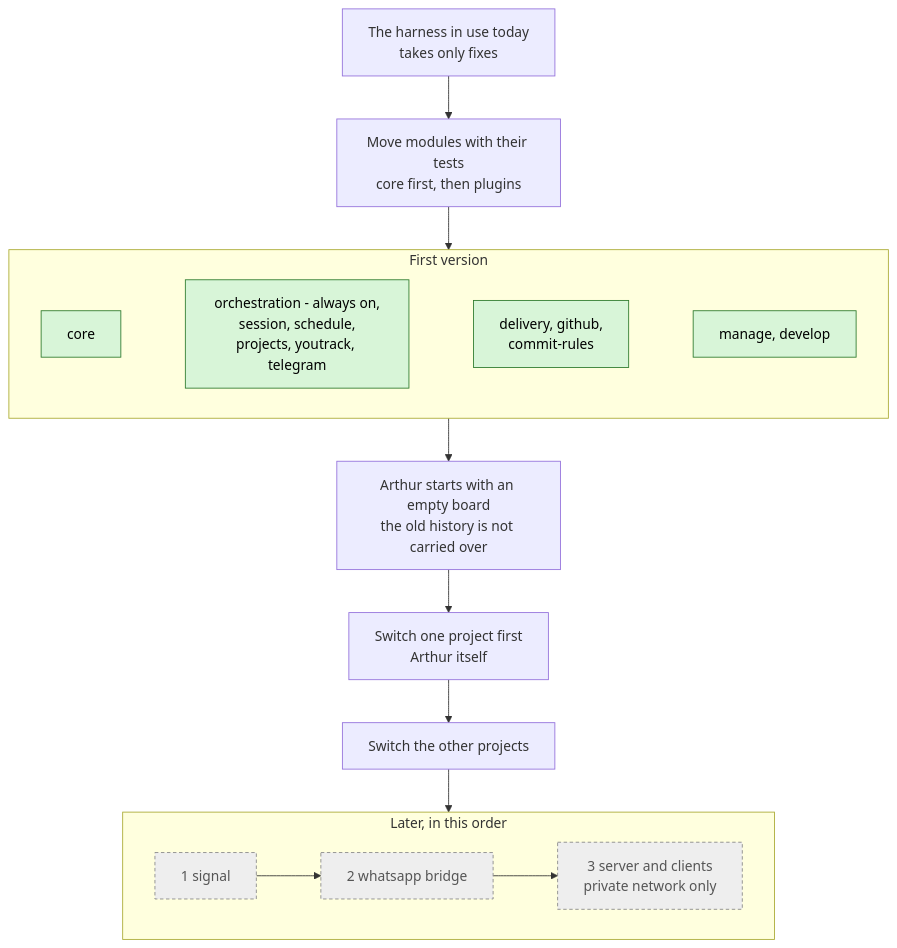
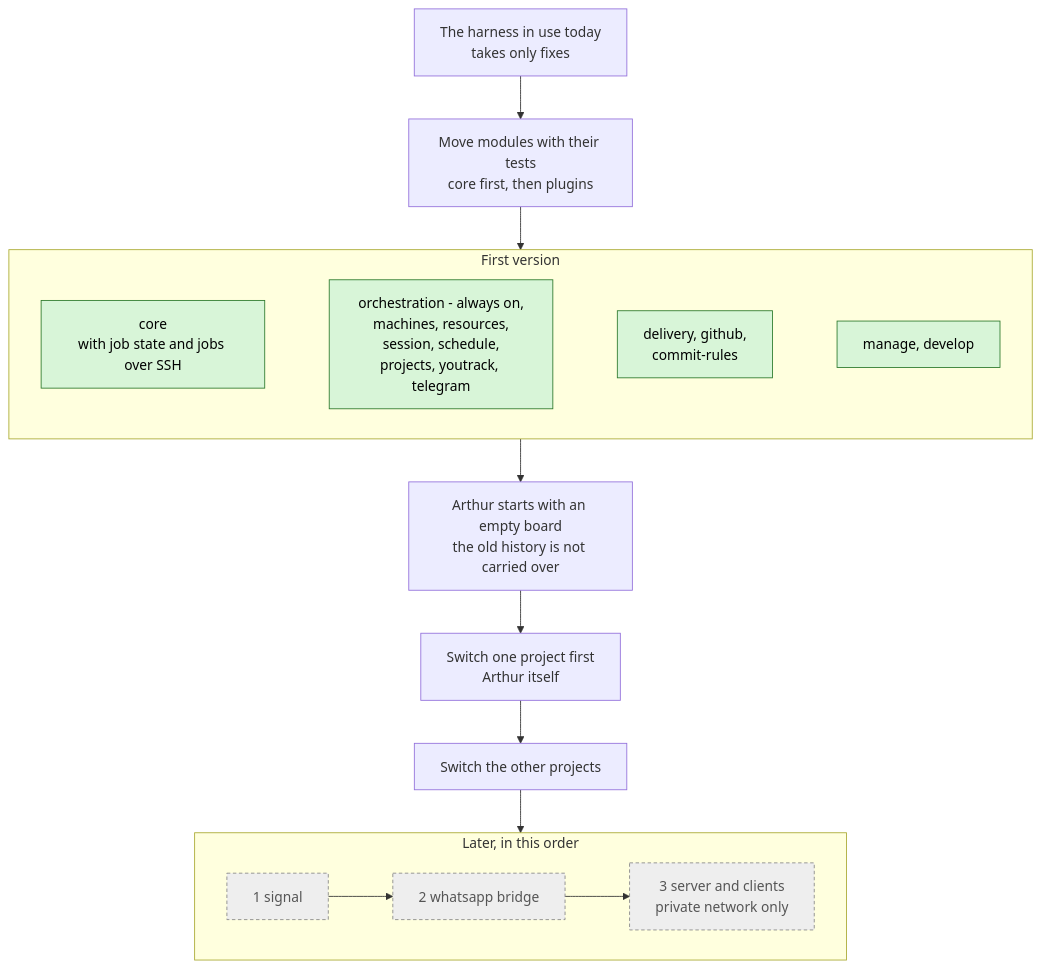
The diagram in docs/architecture/versions.mmd (kacperadler/arthur), drawn with Mermaid before and after one commit. The commit also changed 5 other files, not shown here.

Commit message:
docs(AR0002): job state, machines over SSH and resources in the roadmap

```diff
--- a/docs/architecture/versions.mmd
+++ b/docs/architecture/versions.mmd
@@ -1,30 +1,30 @@
 %% From the harness in use today to Arthur's first version and after it. Green = first version, grey dashed = later.
 flowchart TD
   today[The harness in use today<br/>takes only fixes]
   move[Move modules with their tests<br/>core first, then plugins]
 
   subgraph V1[First version]
-    core[core]
-    p1[orchestration - always on,<br/>session, schedule,<br/>projects, youtrack, telegram]
+    core[core<br/>with job state and jobs over SSH]
+    p1[orchestration - always on,<br/>machines, resources,<br/>session, schedule,<br/>projects, youtrack, telegram]
     p2[delivery, github,<br/>commit-rules]
     p3[manage, develop]
     core ~~~ p1 ~~~ p2 ~~~ p3
   end
 
   start[Arthur starts with an empty board<br/>the old history is not carried over]
   switch1[Switch one project first<br/>Arthur itself]
   switch2[Switch the other projects]
 
   subgraph V2[Later, in this order]
     signal[1 signal]
     whatsapp[2 whatsapp bridge]
     server[3 server and clients<br/>private network only]
     signal --> whatsapp --> server
   end
 
   today --> move --> V1 --> start --> switch1 --> switch2 --> V2
 
   classDef first fill:#d8f5d8,stroke:#2d7a2d,color:#000;
   classDef later fill:#eee,stroke:#888,stroke-dasharray:4 3,color:#555;
   class core,p1,p2,p3 first;
   class signal,whatsapp,server later;
```
